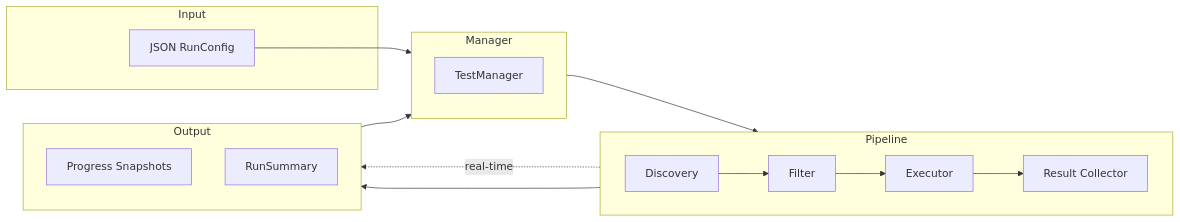
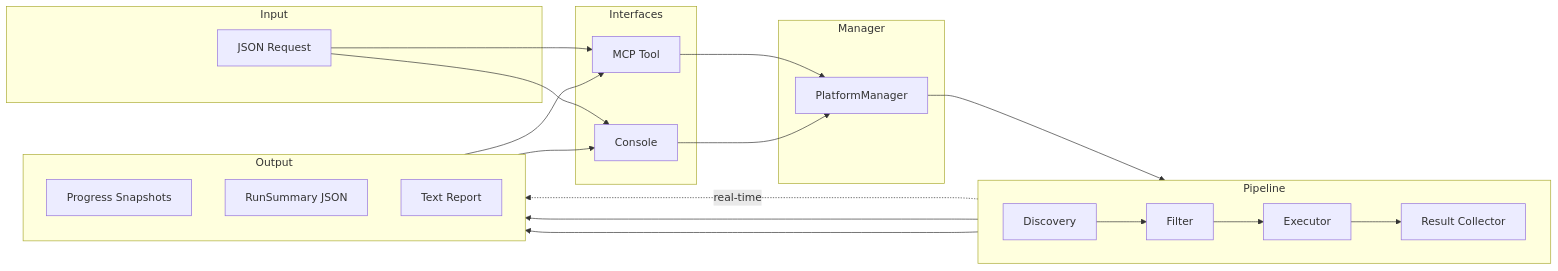
The third of 6 diagrams in docs/INTERFACE_SPECIFICATION.md (endlessa/unbroken-ahk), drawn with Mermaid before and after one commit. The commit also changed other lines of this file and 2 other files, not shown here.

````diff
--- a/docs/INTERFACE_SPECIFICATION.md
+++ b/docs/INTERFACE_SPECIFICATION.md
@@ -57,28 +127,38 @@
 ```mermaid
 flowchart LR
     subgraph Input
-        JSON[JSON RunConfig]
+        JSON[JSON Request]
+    end
+
+    subgraph Interfaces
+        MCP[MCP Tool]
+        CON[Console]
     end
 
     subgraph Manager
-        direction TB
-        M[TestManager]
+        M[PlatformManager]
     end
 
     subgraph Pipeline
         direction LR
         D[Discovery] --> F[Filter] --> E[Executor] --> C[Result Collector]
     end
 
     subgraph Output
         direction TB
         PROG[Progress Snapshots]
-        SUM[RunSummary]
+        SUM[RunSummary JSON]
+        TEXT[Text Report]
     end
 
-    JSON --> M
+    JSON --> MCP
+    JSON --> CON
+    MCP --> M
+    CON --> M
     M --> D
     E -.->|real-time| PROG
     C --> SUM
-    SUM --> M
+    C --> TEXT
+    SUM --> MCP
+    TEXT --> CON
 ```
````
